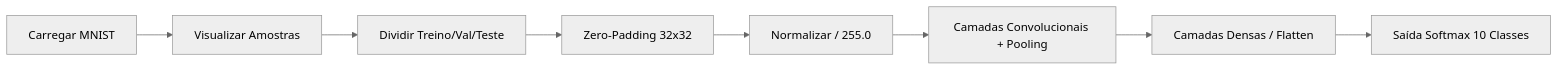
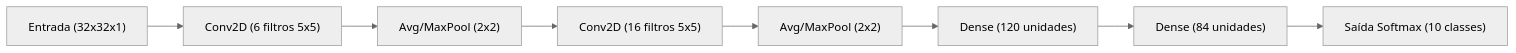
One commit to GersonESantos/CienciaDeDadosEmPython changed the diagram in README.md. Above: the diagram before and after it, drawn with Mermaid (neutral theme). The commit also changed other lines of this file, not shown here.

````diff
--- a/README.md
+++ b/README.md
@@ -227,10 +323,10 @@
 ```mermaid
 flowchart LR
-    A[Carregar MNIST] --> B[Visualizar Amostras]
-    B --> C[Dividir Treino/Val/Teste]
-    C --> D[Zero-Padding 32x32]
-    D --> E[Normalizar / 255.0]
-    E --> F[Camadas Convolucionais + Pooling]
-    F --> G[Camadas Densas / Flatten]
-    G --> H[Saída Softmax 10 Classes]
+    A["Entrada (32x32x1)"] --> B["Conv2D (6 filtros 5x5)"]
+    B --> C["Avg/MaxPool (2x2)"]
+    C --> D["Conv2D (16 filtros 5x5)"]
+    D --> E["Avg/MaxPool (2x2)"]
+    E --> F["Dense (120 unidades)"]
+    F --> G["Dense (84 unidades)"]
+    G --> H["Saída Softmax (10 classes)"]
 ```
````
